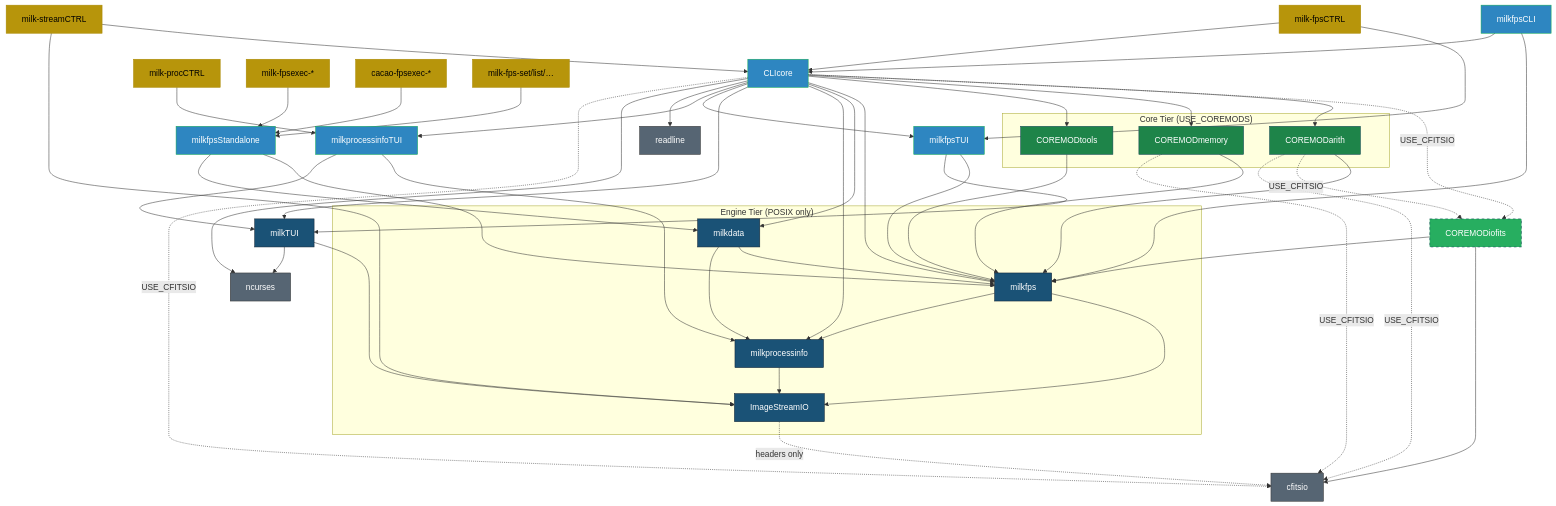
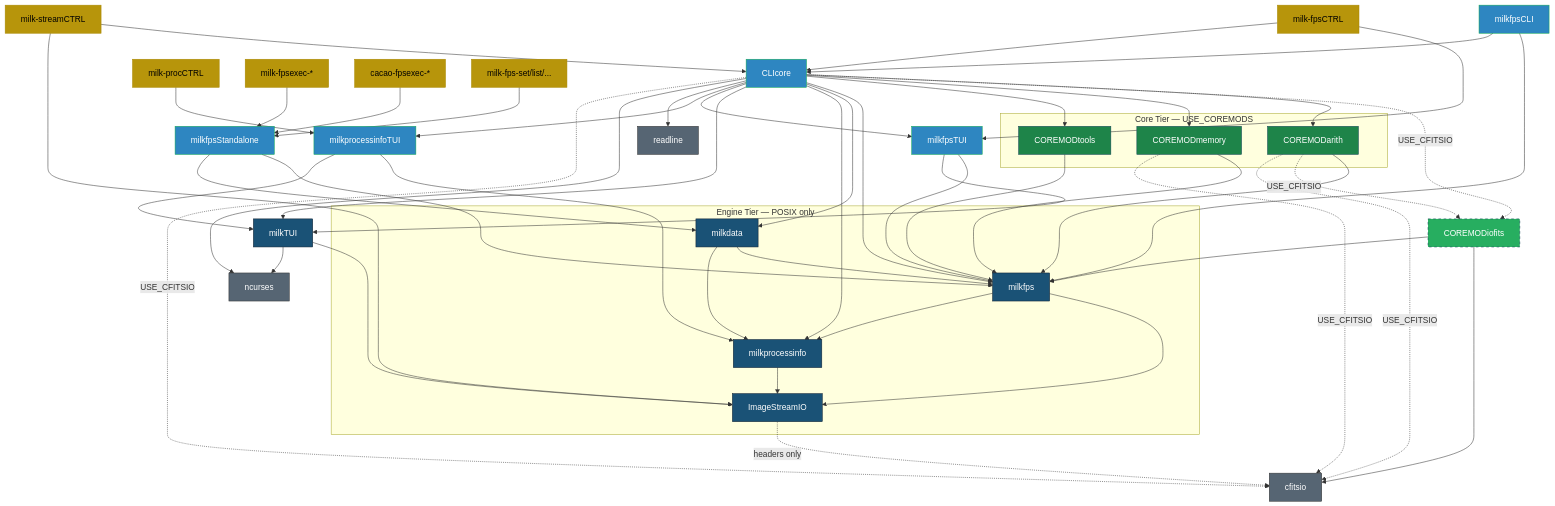
Before and after one commit to milk-org/milk: the first of 3 diagrams in docs/dependency_graph.md, drawn with Mermaid. The commit also changed other lines of this file, not shown here.

Commit message:
docs: prettify dependency_graph.md\n\nNumbered sections, subgraph groupings in mermaid diagrams,\ncollapsible details sections for exhaustive tables, legend\nmoved to top, cleaner formatting throughout."

```diff
--- a/docs/dependency_graph.md
+++ b/docs/dependency_graph.md
@@ -15,7 +29,7 @@
     NCURSES["ncurses"]:::ext
     READLINE["readline"]:::ext
 
-    subgraph engine ["Engine Tier (POSIX only)"]
+    subgraph engine ["Engine Tier — POSIX only"]
         ISIO["ImageStreamIO"]:::core
         PROCINFO["milkprocessinfo"]:::core
         FPS["milkfps"]:::core
@@ -29,7 +43,7 @@
     FPSCLI["milkfpsCLI"]:::fw
     FPSSTANDALONE["milkfpsStandalone"]:::fw
 
-    subgraph coremods ["Core Tier (USE_COREMODS)"]
+    subgraph coremods ["Core Tier — USE_COREMODS"]
         ARITH["COREMODarith"]:::coremod
         MEMORY["COREMODmemory"]:::coremod
         TOOLS["COREMODtools"]:::coremod
@@ -44,7 +58,7 @@
     STREAMCTRL["milk-streamCTRL"]:::exe
     MILKEXE["milk-fpsexec-*"]:::exe
     CACAOEXE["cacao-fpsexec-*"]:::exe
-    FPSTOOLS["milk-fps-set/list/…"]:::exe
+    FPSTOOLS["milk-fps-set/list/..."]:::exe
 
     ISIO -.->|headers only| CFITSIO
     PROCINFO --> ISIO
```
